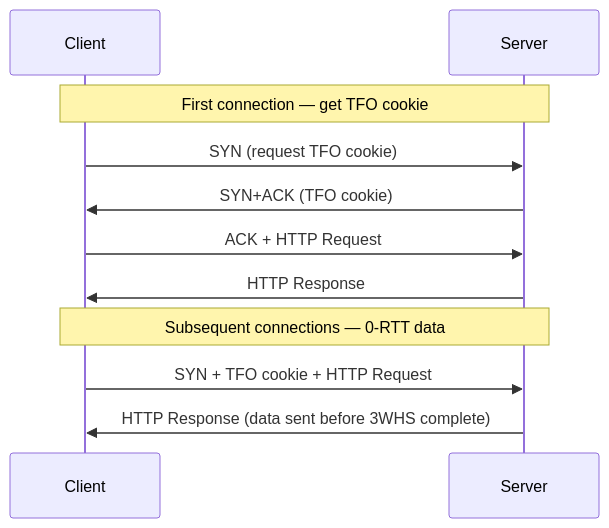
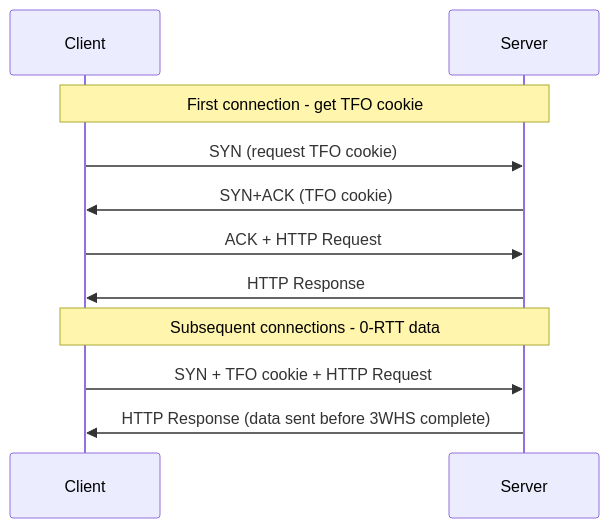
One commit to wildfirebill-web/oneuptime-blog changed the diagram in posts/2026-03-20-configure-ipv6-tcp-fast-open/README.md. Above: the diagram before and after it, drawn with Mermaid. The commit also changed other lines of this file and 41565 other files, not shown here.

````diff
--- a/posts/2026-03-20-configure-ipv6-tcp-fast-open/README.md
+++ b/posts/2026-03-20-configure-ipv6-tcp-fast-open/README.md
@@ -15,14 +15,14 @@
 ```mermaid
 sequenceDiagram
     participant C as Client
     participant S as Server
-    Note over C,S: First connection — get TFO cookie
+    Note over C,S: First connection - get TFO cookie
     C->>S: SYN (request TFO cookie)
     S->>C: SYN+ACK (TFO cookie)
     C->>S: ACK + HTTP Request
     S->>C: HTTP Response
 
-    Note over C,S: Subsequent connections — 0-RTT data
+    Note over C,S: Subsequent connections - 0-RTT data
     C->>S: SYN + TFO cookie + HTTP Request
     S->>C: HTTP Response (data sent before 3WHS complete)
 ```
````
